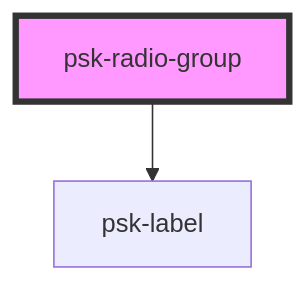
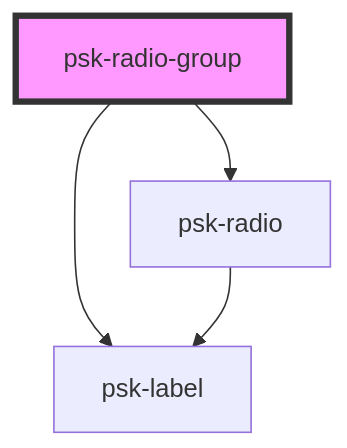
One commit to daniel-visoiu/cardinal changed the diagram in src/components/psk-radio-group/readme.md. Above: the diagram before and after it, drawn with Mermaid. The commit also changed other lines of this file and 7 other files, not shown here.

Commit message:
BindModel decorator completed for input, radio, radio-group and select | minor update on FormModel - added RadioOption interface

````diff
--- a/src/components/psk-radio-group/readme.md
+++ b/src/components/psk-radio-group/readme.md
@@ -25,5 +27,7 @@
 ```mermaid
 graph TD;
   psk-radio-group --> psk-label
+  psk-radio-group --> psk-radio
+  psk-radio --> psk-label
   style psk-radio-group fill:#f9f,stroke:#333,stroke-width:4px
 ```
````
